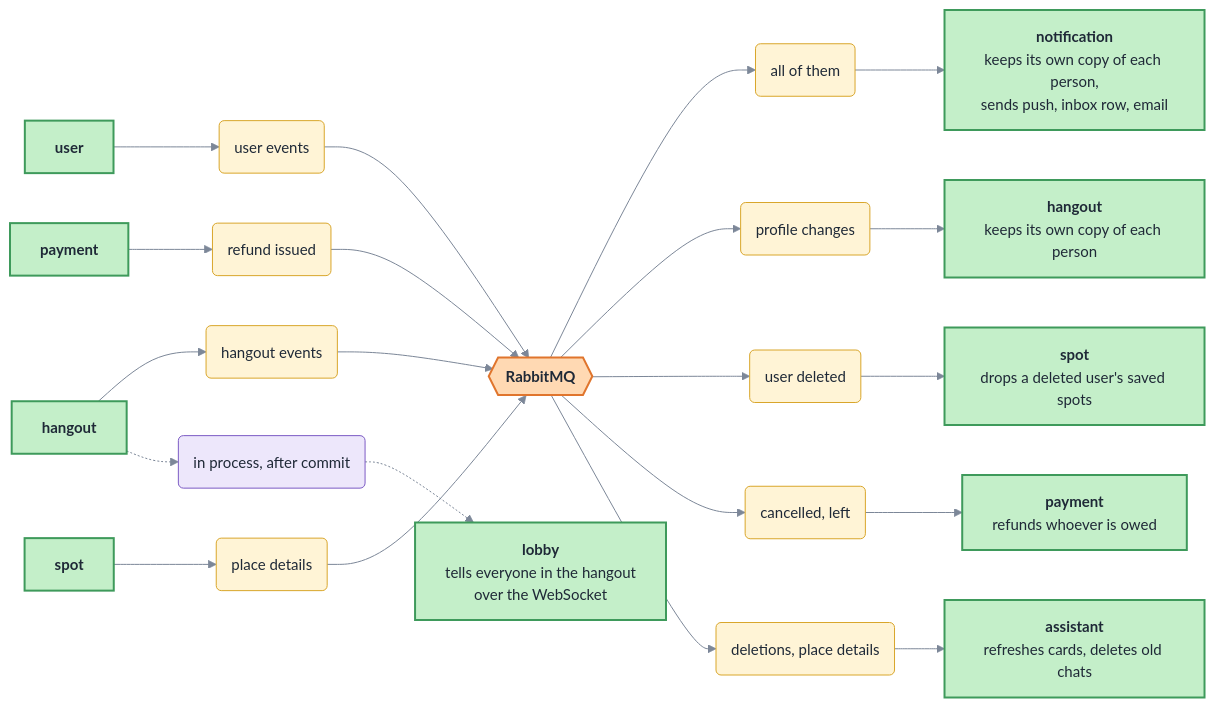
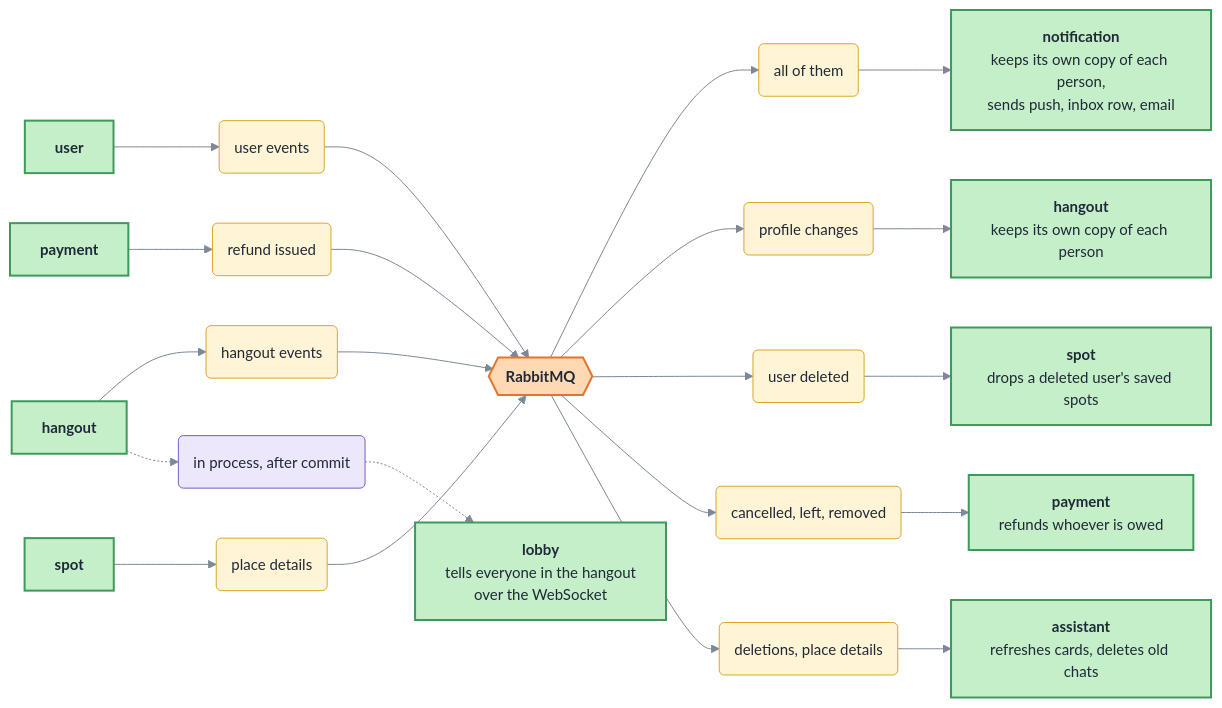
One commit to EEseka/lynk-api changed the fourth of 7 diagrams in README.md. Above: the diagram before and after it, drawn with Mermaid. The commit also changed other lines of this file, not shown here.

````diff
--- a/README.md
+++ b/README.md
@@ -210,52 +211,52 @@
 ```mermaid
 %%{init: {"theme": "base", "themeVariables": {"fontFamily": "-apple-system, BlinkMacSystemFont, Segoe UI, Helvetica, Arial, sans-serif", "fontSize": "15px", "primaryColor": "#C4EFC9", "primaryTextColor": "#1F2937", "primaryBorderColor": "#3E9A5B", "lineColor": "#7C8798"}}}%%
 flowchart LR
     USER_P["<b>user</b>"]
     HANGOUT_P["<b>hangout</b>"]
     PAYMENT_P["<b>payment</b>"]
     SPOT_P["<b>spot</b>"]
 
     E1("user events")
     E2("hangout events")
     E3("refund issued")
     E4("place details")
 
     MQ{{"<b>RabbitMQ</b>"}}
 
     L1("all of them")
     L2("profile changes")
     L3("user deleted")
-    L4("cancelled, left")
+    L4("cancelled, left, removed")
     L5("deletions, place details")
 
     NOTIF_C["<b>notification</b><br/>keeps its own copy of each person,<br/>sends push, inbox row, email"]
     HANGOUT_C["<b>hangout</b><br/>keeps its own copy of each person"]
     SPOT_C["<b>spot</b><br/>drops a deleted user's saved spots"]
     PAYMENT_C["<b>payment</b><br/>refunds whoever is owed"]
     AI_C["<b>assistant</b><br/>refreshes cards, deletes old chats"]
 
     LIVE("in process, after commit")
     LOBBY_C["<b>lobby</b><br/>tells everyone in the hangout<br/>over the WebSocket"]
 
     USER_P --> E1 --> MQ
     HANGOUT_P --> E2 --> MQ
     PAYMENT_P --> E3 --> MQ
     SPOT_P --> E4 --> MQ
 
     MQ --> L1 --> NOTIF_C
     MQ --> L2 --> HANGOUT_C
     MQ --> L3 --> SPOT_C
     MQ --> L4 --> PAYMENT_C
     MQ --> L5 --> AI_C
 
     HANGOUT_P -.-> LIVE -.-> LOBBY_C
 
     classDef unit fill:#C4EFC9,stroke:#3E9A5B,color:#1F2937,stroke-width:2px
     classDef mq fill:#FFD9B3,stroke:#E0752D,color:#1F2937,stroke-width:2px
     classDef event fill:#FFF4D6,stroke:#D9A62B,color:#1F2937,stroke-width:1px
     classDef live fill:#EDE7FB,stroke:#7C5BC4,color:#1F2937,stroke-width:1px
     class USER_P,HANGOUT_P,PAYMENT_P,SPOT_P,NOTIF_C,HANGOUT_C,SPOT_C,PAYMENT_C,AI_C,LOBBY_C unit
     class MQ mq
     class E1,E2,E3,E4,L1,L2,L3,L4,L5 event
     class LIVE live
 ```
````
